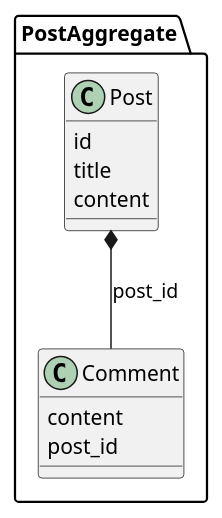
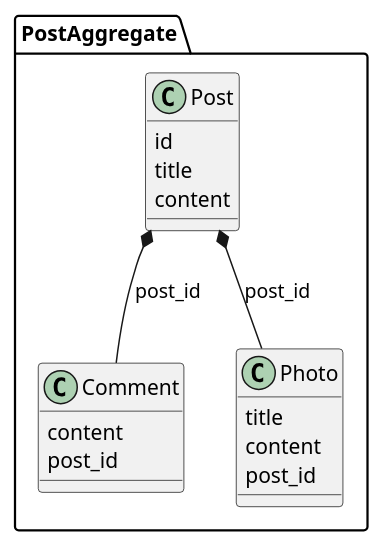
The diagram in postcommentexample.puml (chrshnv/jpoint-2026-spring-data-jdbc-demo), drawn with PlantUML before and after one commit.

Commit message:
Add Photo to diagram.

```diff
--- a/postcommentexample.puml
+++ b/postcommentexample.puml
@@ -1,16 +1,23 @@
 @startuml
 namespace PostAggregate {
 class Post {
 	id
 	title
 	content
 }
 
 class Comment {
 	content
 	post_id
 }
 
+class Photo {
+	title
+	content
+	post_id
+}
+
 Post *-- Comment: post_id
+Post *-- Photo: post_id
 }
 @enduml
```
